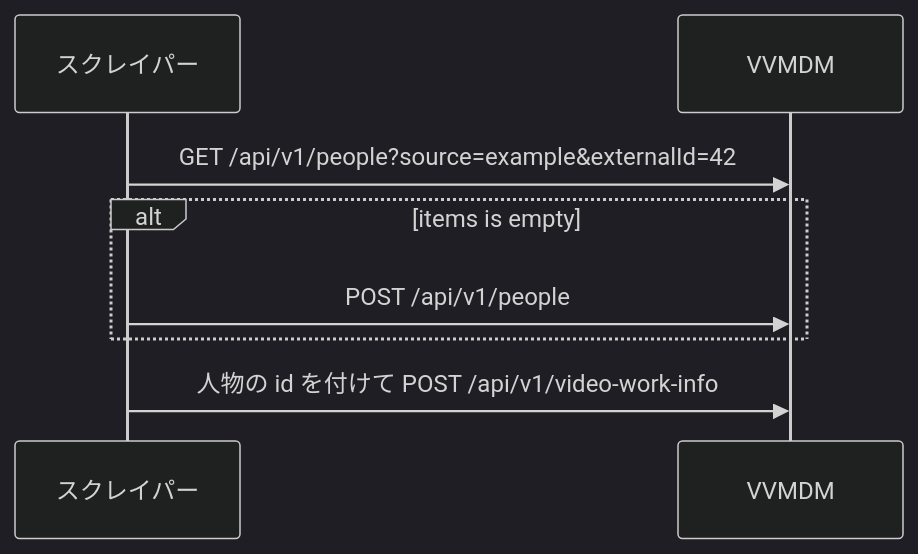
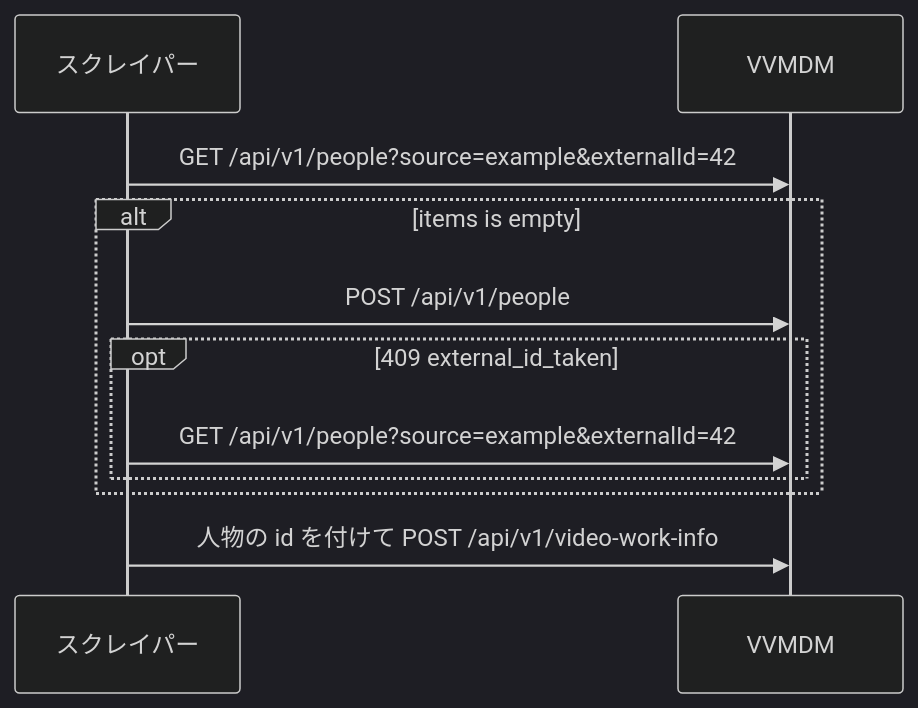
Before and after one commit to syudead/vv: the sixth of 7 diagrams in translations/ja/docs/how-to/external-api.md, drawn with Mermaid (dark theme). The commit also changed other lines of this file, not shown here.

First line of the commit message:
docs(ja): translate the scraper example's conflict recovery

````diff
--- a/translations/ja/docs/how-to/external-api.md
+++ b/translations/ja/docs/how-to/external-api.md
@@ -439,10 +439,13 @@
 ```mermaid
 sequenceDiagram
   participant S as スクレイパー
   participant V as VVMDM
   S->>V: GET /api/v1/people?source=example&externalId=42
   alt items is empty
     S->>V: POST /api/v1/people
+    opt 409 external_id_taken
+      S->>V: GET /api/v1/people?source=example&externalId=42
+    end
   end
   S->>V: 人物の id を付けて POST /api/v1/video-work-info
 ```
````
